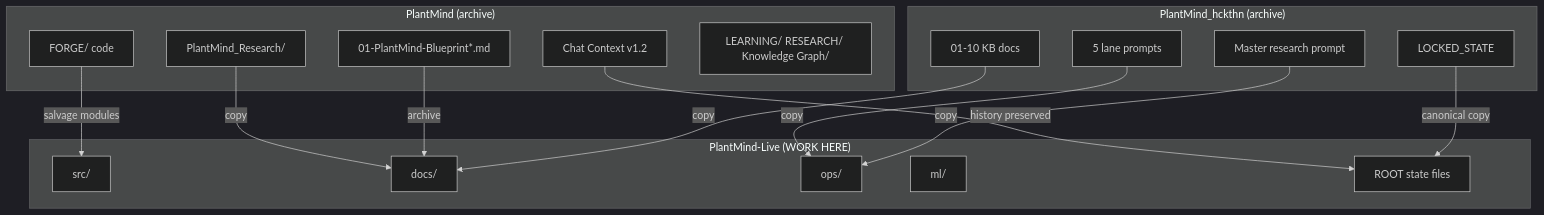
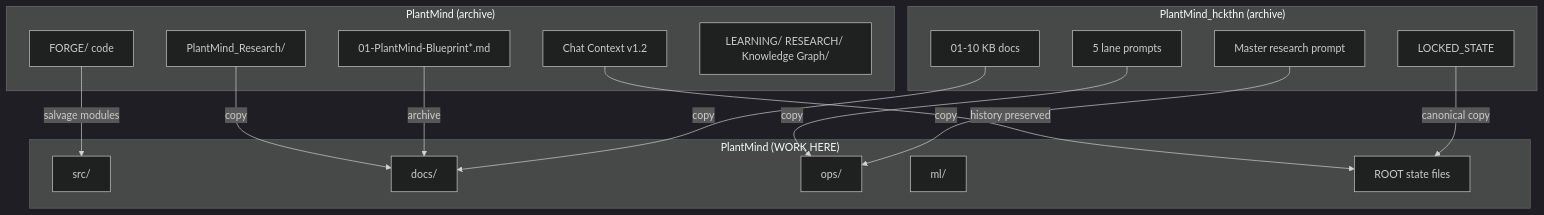
Before and after one commit to 1celestial0/plantmind_build: the diagram in MIGRATION-MAP.md, drawn with Mermaid (dark theme). The commit also changed other lines of this file and 26 other files, not shown here.

Commit message:
restructure: PlantMind portfolio layout, multi-CLI OS, merged MASTER-SPEC, codebase inventory

````diff
--- a/MIGRATION-MAP.md
+++ b/MIGRATION-MAP.md
@@ -9,31 +11,31 @@
 ```mermaid
 flowchart TB
     subgraph OLD1["PlantMind (archive)"]
         F1[FORGE/ code]
         F2[Chat Context v1.2]
         F3[PlantMind_Research/]
         F4[01-PlantMind-Blueprint*.md]
         F5[LEARNING/ RESEARCH/ Knowledge Graph/]
     end
     subgraph OLD2["PlantMind_hckthn (archive)"]
         H1[01-10 KB docs]
         H2[LOCKED_STATE]
         H3[5 lane prompts]
         H4[Master research prompt]
     end
-    subgraph LIVE["PlantMind-Live (WORK HERE)"]
+    subgraph LIVE["PlantMind (WORK HERE)"]
         L1[src/]
         L2[docs/]
         L3[ops/]
         L4[ml/]
         L5[ROOT state files]
     end
     F1 -->|salvage modules| L1
     F2 -->|history preserved| L5
     F3 -->|copy| L2
     F4 -->|archive| L2
     H1 -->|copy| L2
     H2 -->|canonical copy| L5
     H3 -->|copy| L3
     H4 -->|copy| L3
 ```
````
